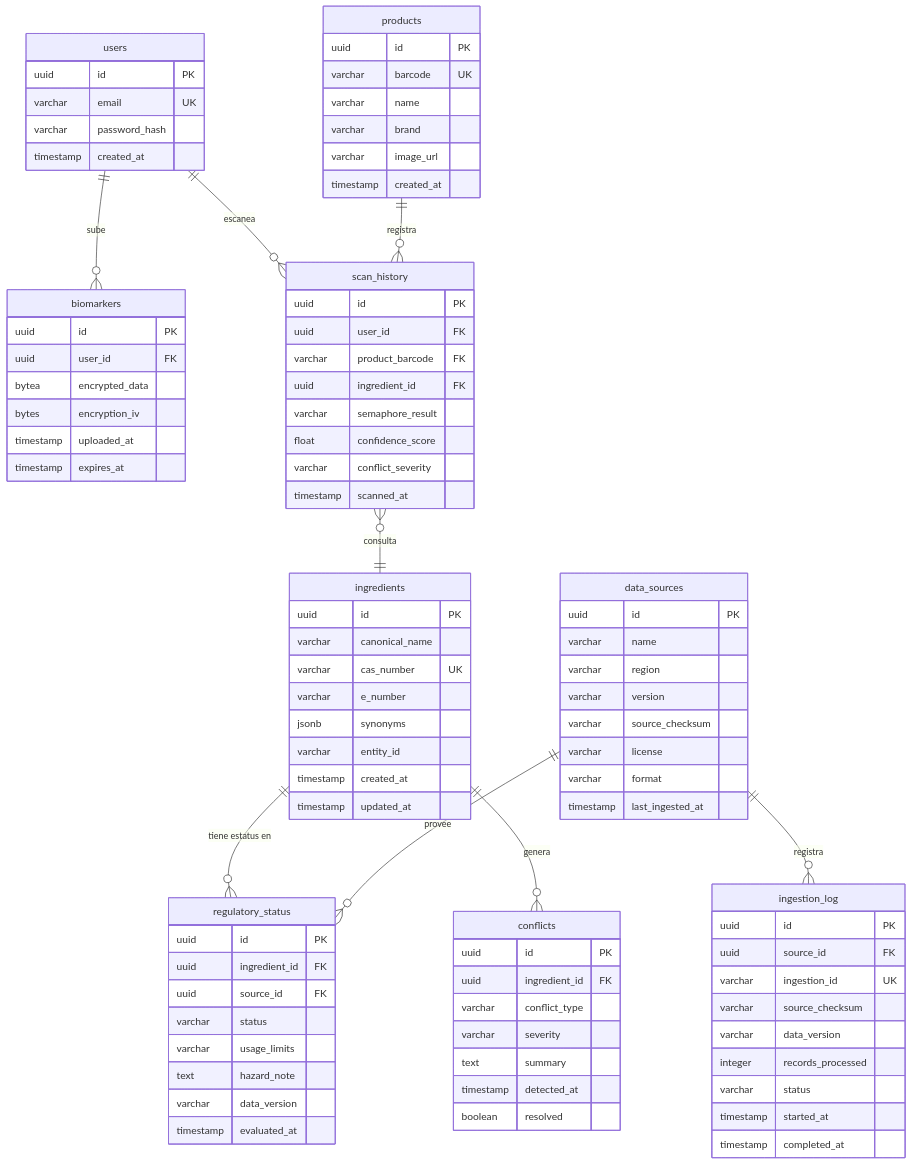
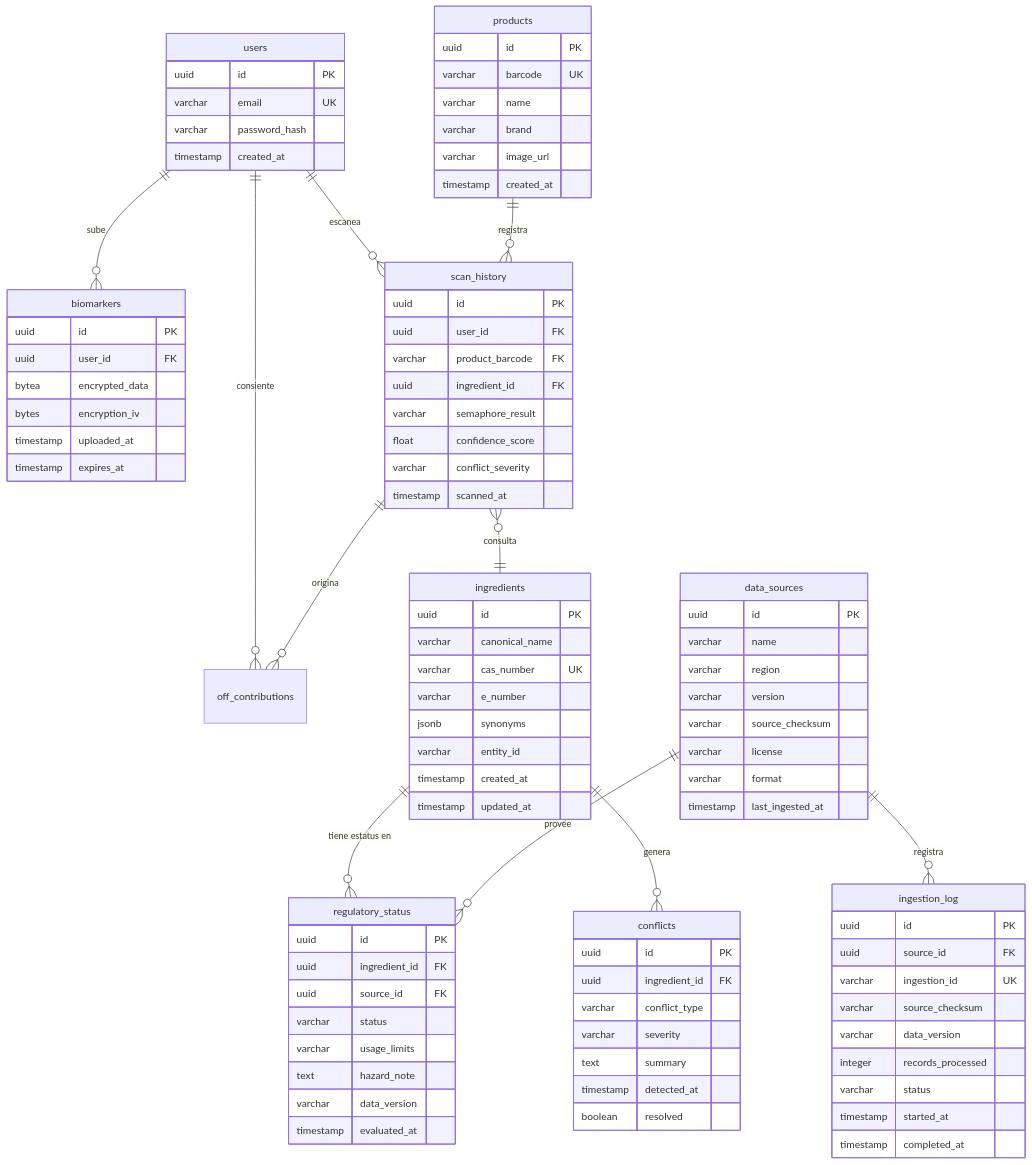
The diagram in docs/architecture.md (albertofragoso/bioshield-ai), drawn with Mermaid before and after one commit. The commit also changed other lines of this file and 19 other files, not shown here.

```diff
--- a/docs/architecture.md
+++ b/docs/architecture.md
@@ -22,7 +22,9 @@
 erDiagram
     users ||--o{ biomarkers : "sube"
     users ||--o{ scan_history : "escanea"
+    users ||--o{ off_contributions : "consiente"
     products ||--o{ scan_history : "registra"
+    scan_history ||--o{ off_contributions : "origina"
     ingredients ||--o{ regulatory_status : "tiene estatus en"
     ingredients ||--o{ conflicts : "genera"
     data_sources ||--o{ regulatory_status : "provee"
```
